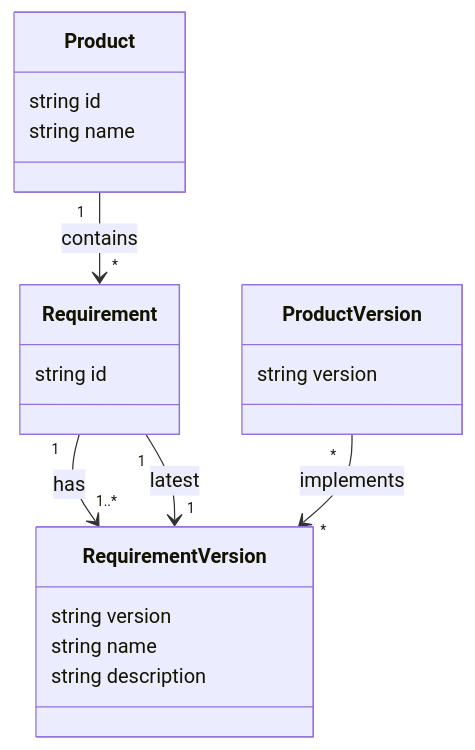
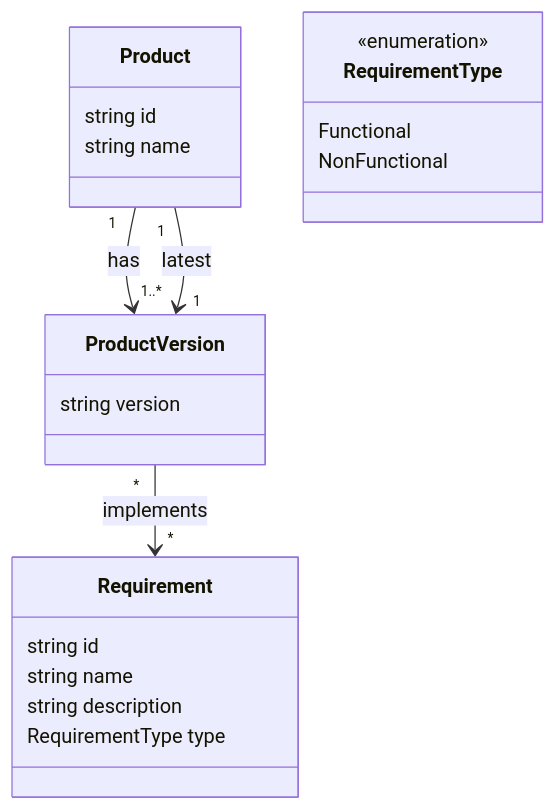
Before and after one commit to dnulnets/jjanus: the second of 3 diagrams in system_design/information_model.md, drawn with Mermaid. The commit also changed other lines of this file, not shown here.

````diff
--- a/system_design/information_model.md
+++ b/system_design/information_model.md
@@ -28,22 +23,24 @@
 ```mermaid
 classDiagram
     class Product {
         string id
         string name
     }
     class ProductVersion {
         string version
     }
     class Requirement {
         string id
-    }
-    class RequirementVersion {
-        string version
         string name
         string description
+        RequirementType type
     }
-    Requirement "1" --> "1..*" RequirementVersion : has
-    Requirement "1" --> "1" RequirementVersion : latest
-    ProductVersion "*" --> "*" RequirementVersion : implements
-    Product "1" --> "*" Requirement : contains
+    Product "1" --> "1..*" ProductVersion : has
+    Product "1" --> "1" ProductVersion : latest
+    ProductVersion "*" --> "*" Requirement : implements
+    class RequirementType {
+        <<enumeration>>
+        Functional
+        NonFunctional
+    }
 ```
````
